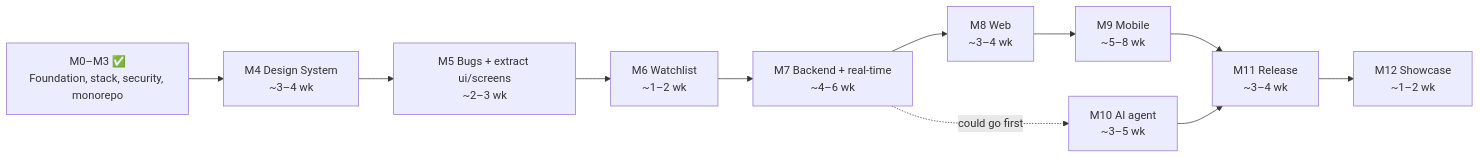
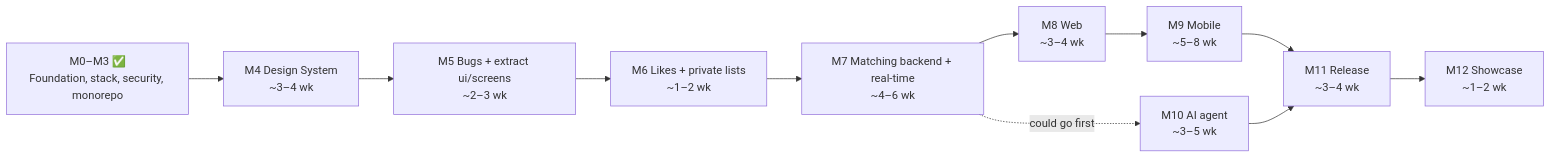
One commit to orlandovallejos/electron-theater changed the diagram in docs/ROADMAP.md. Above: the diagram before and after it, drawn with Mermaid. The commit also changed other lines of this file and 1 other file, not shown here.

First line of the commit message:
docs: describe private likes, private lists and shared matches (#113)

````diff
--- a/docs/ROADMAP.md
+++ b/docs/ROADMAP.md
@@ -180,19 +210,19 @@
 ```mermaid
 flowchart LR
   done["M0–M3 ✅<br/>Foundation, stack, security, monorepo"]
   m4["M4 Design System<br/>~3–4 wk"]
   m5["M5 Bugs + extract ui/screens<br/>~2–3 wk"]
-  m6["M6 Watchlist<br/>~1–2 wk"]
-  m7["M7 Backend + real-time<br/>~4–6 wk"]
+  m6["M6 Likes + private lists<br/>~1–2 wk"]
+  m7["M7 Matching backend + real-time<br/>~4–6 wk"]
   m8["M8 Web<br/>~3–4 wk"]
   m9["M9 Mobile<br/>~5–8 wk"]
   m10["M10 AI agent<br/>~3–5 wk"]
   m11["M11 Release<br/>~3–4 wk"]
   m12["M12 Showcase<br/>~1–2 wk"]
 
   done --> m4 --> m5 --> m6 --> m7
   m7 --> m8 --> m9 --> m11
   m7 -.->|"could go first"| m10
   m10 --> m11
   m11 --> m12
 ```
````
